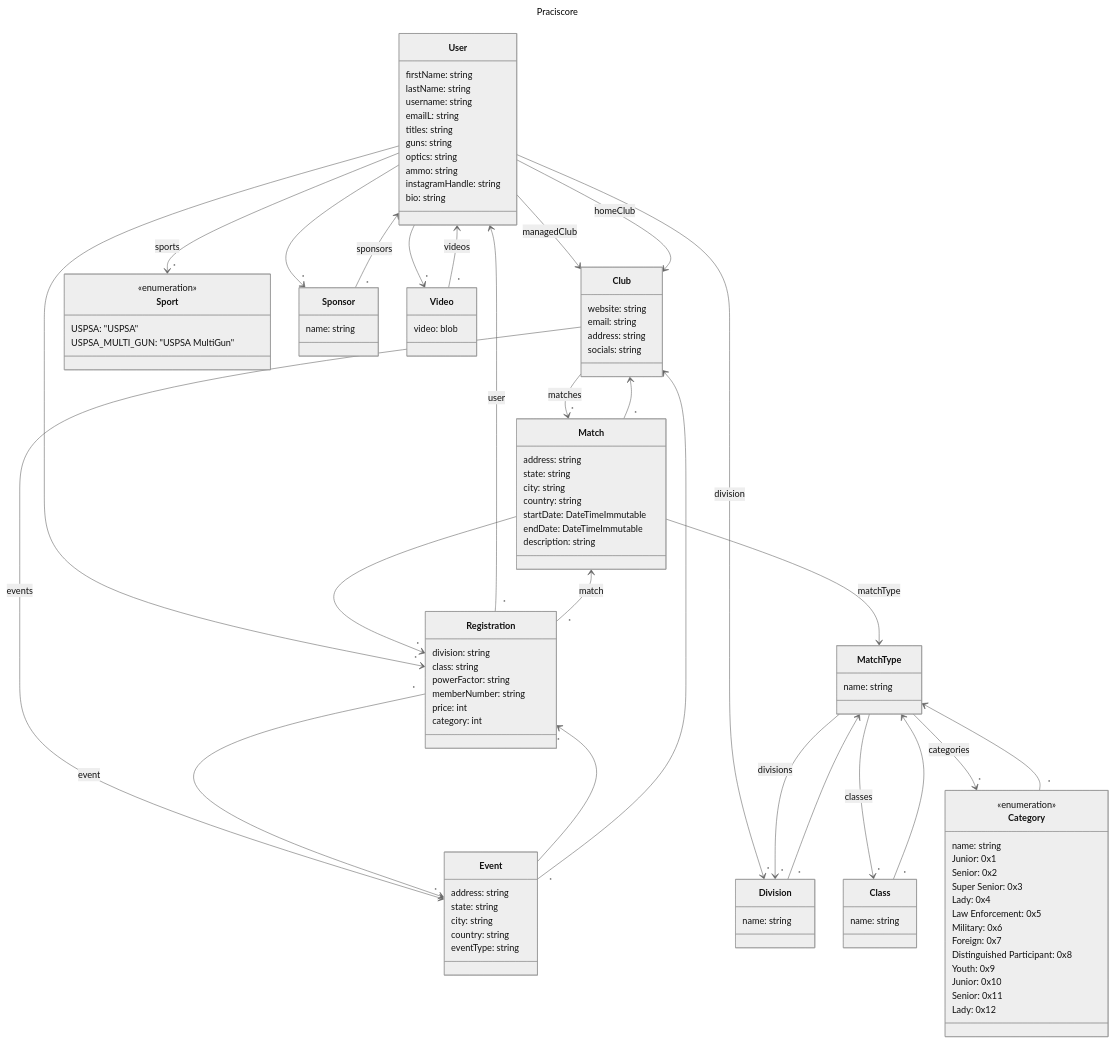
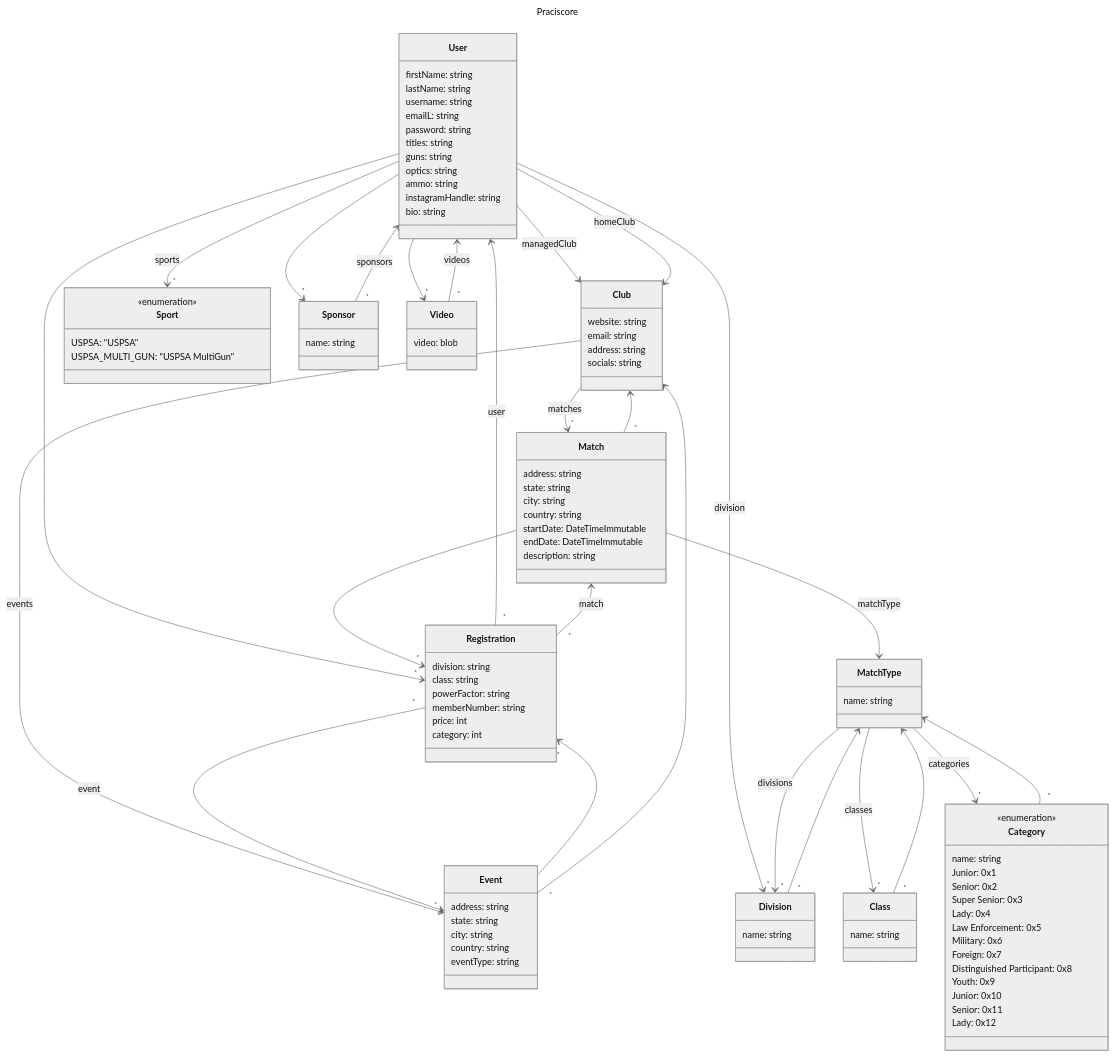
The diagram in docs/class_diagram.mmd (DankYoda/Practiscore), drawn with Mermaid (neutral theme) before and after one commit. The commit also changed 4 other files, not shown here.

```diff
--- a/docs/class_diagram.mmd
+++ b/docs/class_diagram.mmd
@@ -1,116 +1,117 @@
 ---
 title: Praciscore
 ---
 classDiagram
     User --> Club: managedClub
     User --> Club: homeClub
     User --> "*" Sport: sports
     User --> "*" Division: division
     User --> "*" Sponsor
     User --> "*" Video
     User --> "*" Registration
     class User {
         firstName: string
         lastName: string
         username: string
         emailL: string
+        password: string
         titles: string
         guns: string
         optics: string
         ammo: string
         instagramHandle: string
         bio: string
     }
     Club --> "*" Match: matches
     Club --> "*" Event: events
     class Club {
         website: string
         email: string
         address: string
         socials: string
     }
     Match --> "*" Registration
     Match --> MatchType: matchType
     Match "*" --> Club
     class Match {
         address: string
         state: string
         city: string
         country: string
         startDate: DateTimeImmutable
         endDate: DateTimeImmutable
         description: string
     }
     Registration "*" --> User: user
     Registration "*" --> Event: event
     Registration "*" --> Match: match
     class Registration {
         division: string
         class: string
         powerFactor: string
         memberNumber: string
         price: int
         category: int
     }
 
     Event --> "*" Registration
     Event "*" --> Club
     class Event {
         address: string
         state: string
         city: string
         country: string
         eventType: string
     }
 
     MatchType --> "*" Division: divisions
     MatchType --> "*" Class: classes
     MatchType --> "*" Category: categories
     class MatchType {
         name: string
     }
     Division "*" --> MatchType
     class Division {
         name: string
     }
     Class "*" --> MatchType
     class Class {
         name: string
     }
     Category "*" --> MatchType
     class Category {
         name: string
     }
 
 
     Sponsor "*" --> User: sponsors
     class Sponsor {
         name: string
     }
 
     class Sport {
         <<enumeration>>
         USPSA: "USPSA"
         USPSA_MULTI_GUN: "USPSA MultiGun"
     }
 
     class Category {
         <<enumeration>>
         Junior: 0x1
         Senior: 0x2
         Super Senior: 0x3
         Lady: 0x4
         Law Enforcement: 0x5
         Military: 0x6
         Foreign: 0x7
         Distinguished Participant: 0x8
         Youth: 0x9
         Junior: 0x10
         Senior: 0x11
         Lady: 0x12
     }
 
     Video "*" --> User: videos
     class Video {
         video: blob
     }
```
